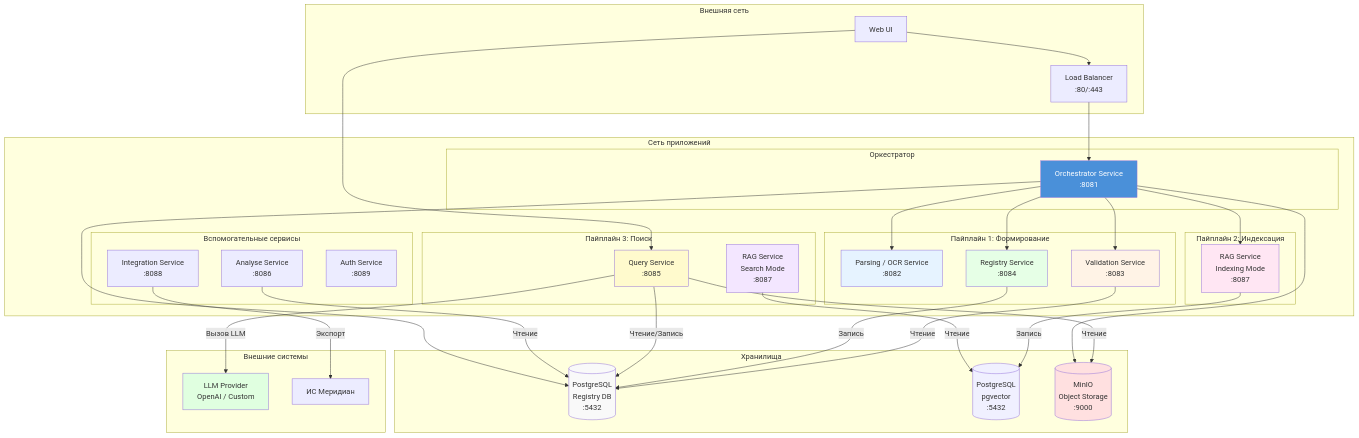
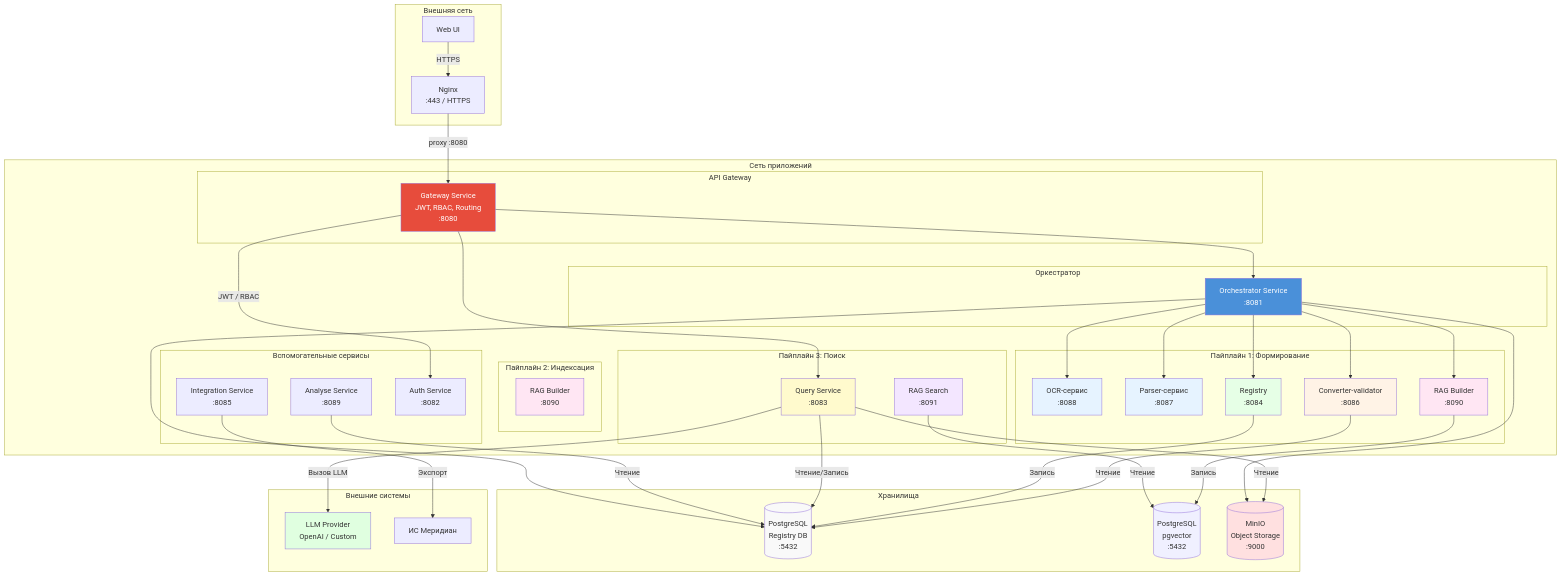
One commit to MasterKSAF/PKB changed the fourth of 4 diagrams in backend/gateway_service/docs/overview.md. Above: the diagram before and after it, drawn with Mermaid. The commit also changed other lines of this file and 23 other files, not shown here.

First line of the commit message:
refactor(gateway): adapt mock services and gateway for unified FastAPI app

````diff
--- a/backend/gateway_service/docs/overview.md
+++ b/backend/gateway_service/docs/overview.md
@@ -294,36 +433,42 @@
 ```mermaid
 graph TB
     subgraph "Внешняя сеть"
-        LB[Load Balancer<br/>:80/:443]
+        Nginx[Nginx<br/>:443 / HTTPS]
         UI[Web UI]
     end
 
     subgraph "Сеть приложений"
+        subgraph "API Gateway"
+            GW[Gateway Service<br/>JWT, RBAC, Routing<br/>:8080]
+        end
+
         subgraph "Оркестратор"
             Orch[Orchestrator Service<br/>:8081]
         end
 
         subgraph "Пайплайн 1: Формирование"
-            P[Parsing / OCR Service<br/>:8082]
-            V[Validation Service<br/>:8083]
-            Reg[Registry Service<br/>:8084]
+            OCR[OCR-сервис<br/>:8088]
+            Pars[Parser-сервис<br/>:8087]
+            CV[Converter-validator<br/>:8086]
+            Reg[Registry<br/>:8084]
+            RAGb[RAG Builder<br/>:8090]
         end
 
         subgraph "Пайплайн 2: Индексация"
-            RAGi[RAG Service
-Indexing Mode<br/>:8087]
+            RAGi[RAG Builder
+:8090]
         end
 
         subgraph "Пайплайн 3: Поиск"
-            QS[Query Service<br/>:8085]
-            RAGs[RAG Service
-Search Mode<br/>:8087]
+            QS[Query Service<br/>:8083]
+            RAGs[RAG Search
+:8091]
         end
 
         subgraph "Вспомогательные сервисы"
-            AS[Analyse Service<br/>:8086]
-            IS[Integration Service<br/>:8088]
-            Auth[Auth Service<br/>:8089]
+            AS[Analyse Service<br/>:8089]
+            IS[Integration Service<br/>:8085]
+            Auth[Auth Service<br/>:8082]
         end
     end
 
@@ -343,18 +488,21 @@
     end
 
     %% Соединения
-    LB --> Orch
-    UI --> QS
-    UI --> LB
+    UI -->|HTTPS| Nginx
+    Nginx -->|proxy :8080| GW
+    GW -->|JWT / RBAC| Auth
+    GW --> Orch
+    GW --> QS
 
-    Orch --> P
-    Orch --> V
+    Orch --> OCR
+    Orch --> Pars
+    Orch --> CV
     Orch --> Reg
-    Orch --> RAGi
+    Orch --> RAGb
 
-    V -->|Чтение| PG
+    CV -->|Чтение| PG
     Reg -->|Запись| PG
-    RAGi -->|Запись| VEC
+    RAGb -->|Запись| VEC
     RAGs -->|Чтение| VEC
     QS -->|Чтение/Запись| PG
     QS -->|Чтение| MinIO
@@ -367,10 +515,13 @@
     Orch --> PG
 
     %% Стили
+    style GW fill:#e74c3c,color:#fff
     style Orch fill:#4a90d9,color:#fff
-    style P fill:#e6f3ff
-    style V fill:#fff3e6
+    style OCR fill:#e6f3ff
+    style Pars fill:#e6f3ff
+    style CV fill:#fff3e6
     style Reg fill:#e6ffe6
+    style RAGb fill:#ffe6f3
     style RAGi fill:#ffe6f3
     style RAGs fill:#f3e6ff
     style QS fill:#fffacd
````
